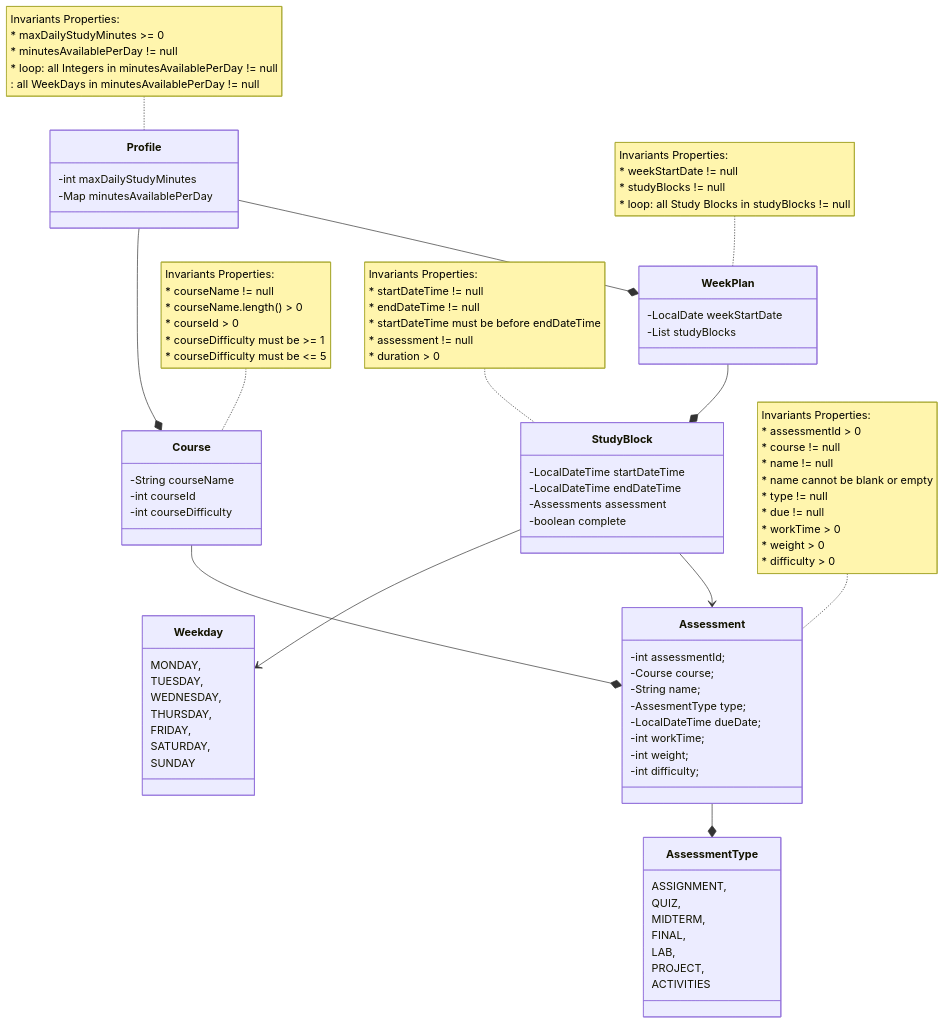
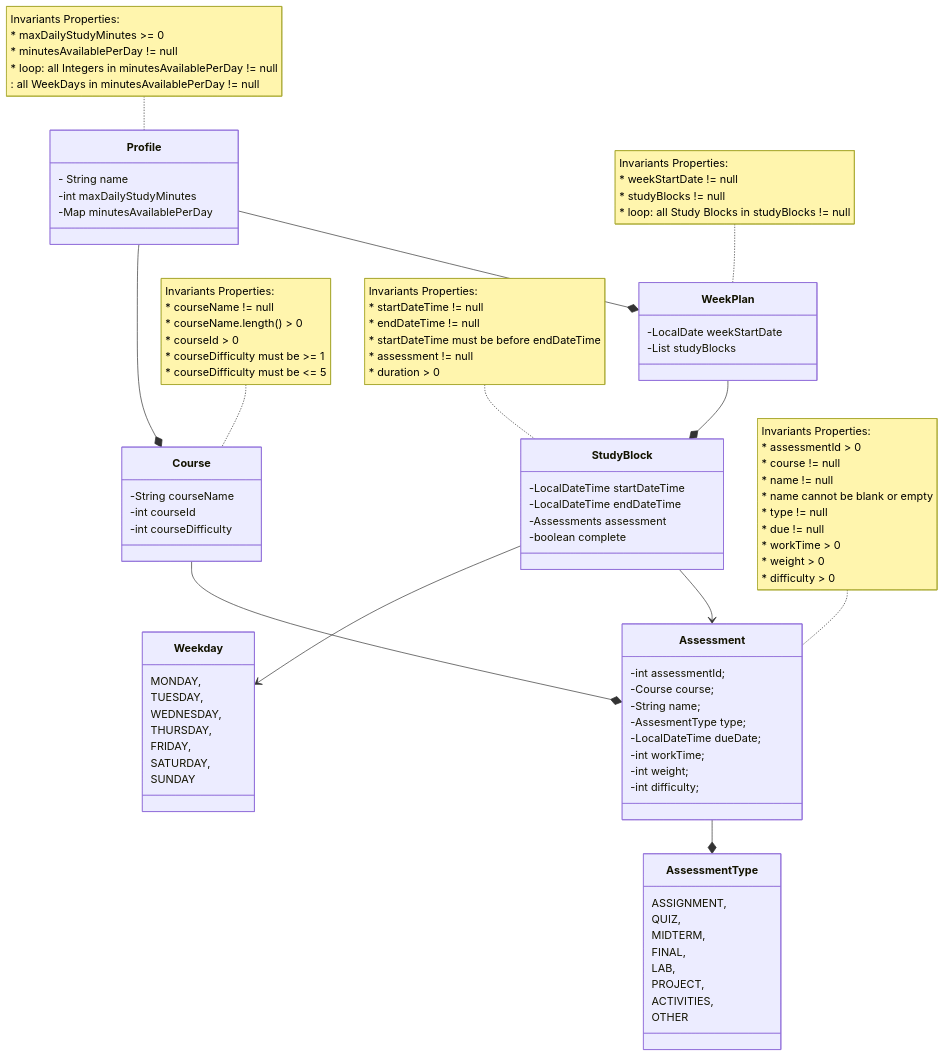
Before and after one commit to funshothanni/smart-study-app: the diagram in README.md, drawn with Mermaid. The commit also changed 8 other files, not shown here.

```diff
--- a/README.md
+++ b/README.md
@@ -22,7 +22,8 @@
         FINAL,
         LAB,
         PROJECT,
-        ACTIVITIES
+        ACTIVITIES,
+        OTHER
     }
     
     class Assessment {
@@ -74,6 +75,8 @@
     "
     
     class Profile {
+        %% name cannot be null nor blank
+        - String name
         %% maxDailyStudyMinutes must always be >= 0
         -int maxDailyStudyMinutes
         %% minutesAvailablePerDay cannot be null
```
